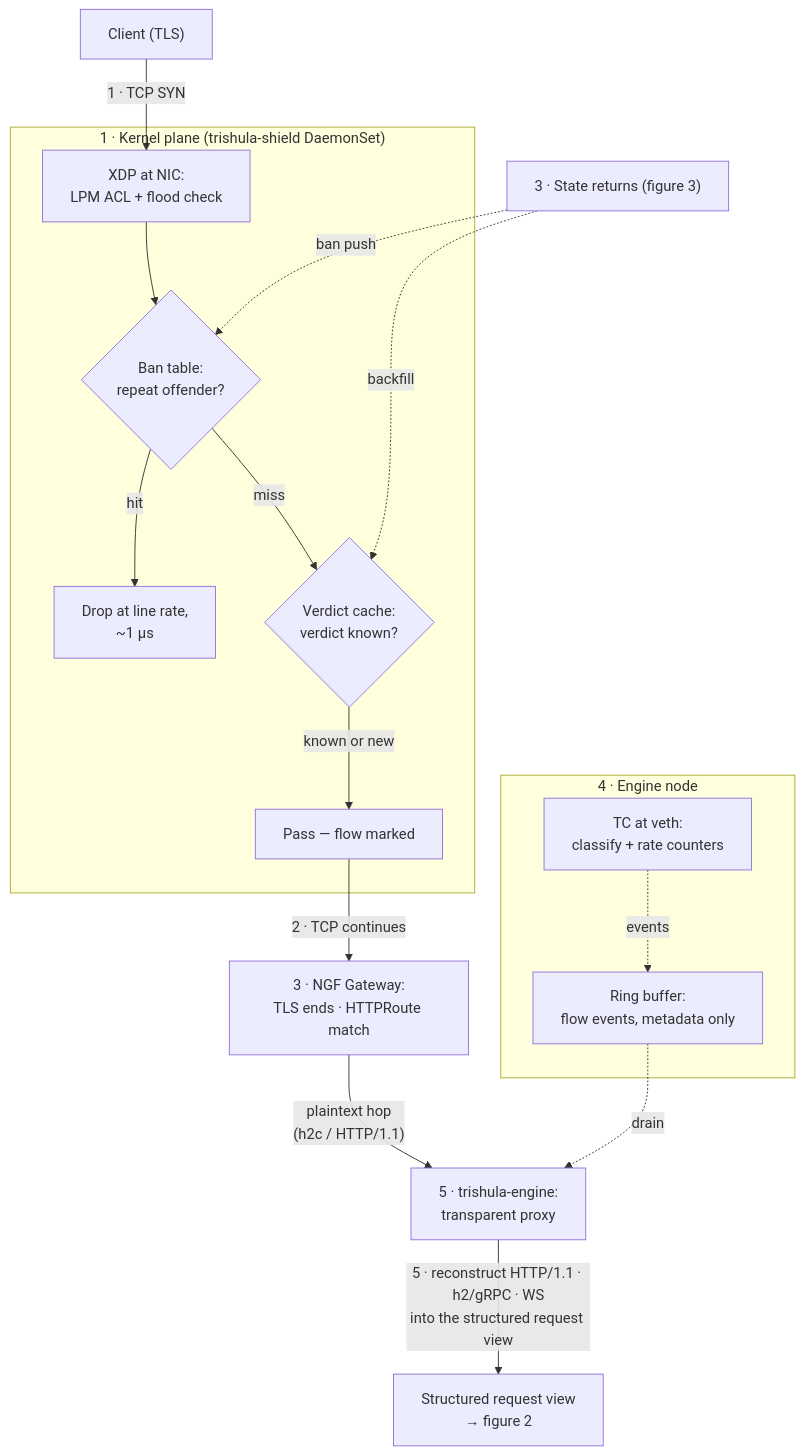
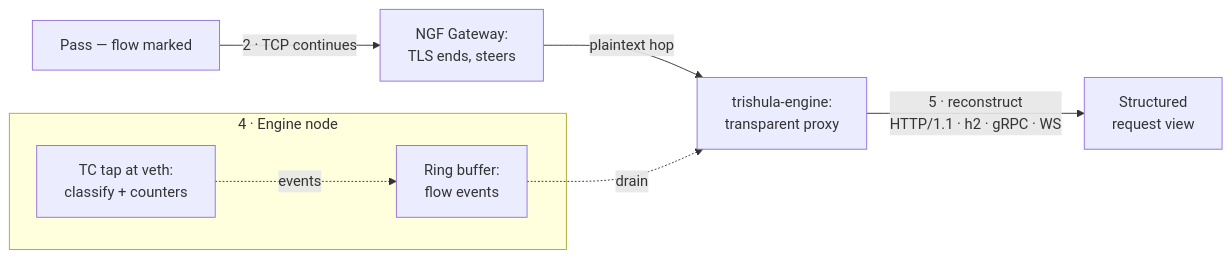
One commit to trishula-dev/trishula-website changed the second of 5 diagrams in index.qmd. Above: the diagram before and after it, drawn with Mermaid. The commit also changed other lines of this file, not shown here.

````diff
--- a/index.qmd
+++ b/index.qmd
@@ -94,36 +108,14 @@
 ```{mermaid}
-flowchart TB
-    C["Client (TLS)"]
-
-    subgraph KP["1 · Kernel plane (trishula-shield DaemonSet)"]
-        XDP["XDP at NIC:<br/>LPM ACL + flood check"]
-        BT{"Ban table:<br/>repeat offender?"}
-        DROP["Drop at line rate,<br/>~1 µs"]
-        VC{"Verdict cache:<br/>verdict known?"}
-        PASS["Pass — flow marked"]
-        XDP --> BT
-        BT -->|"hit"| DROP
-        BT -->|"miss"| VC
-        VC -->|"known or new"| PASS
-    end
-    C -->|"1 · TCP SYN"| XDP
-
-    PASS -->|"2 · TCP continues"| GW["3 · NGF Gateway:<br/>TLS ends · HTTPRoute match"]
-    GW -->|"plaintext hop<br/>(h2c / HTTP/1.1)"| ENG["5 · trishula-engine:<br/>transparent proxy"]
+flowchart LR
+    PASS["Pass — flow marked"] -->|"2 · TCP continues"| GW["NGF Gateway:<br/>TLS ends, steers"]
+    GW -->|"plaintext hop"| ENG["trishula-engine:<br/>transparent proxy"]
 
     subgraph EN["4 · Engine node"]
-        TC["TC at veth:<br/>classify + rate counters"]
-        RB["Ring buffer:<br/>flow events, metadata only"]
-        TC -.->|events| RB
+        TC["TC tap at veth:<br/>classify + counters"] -.->|events| RB["Ring buffer:<br/>flow events"]
     end
     RB -.->|drain| ENG
+    ENG -->|"5 · reconstruct<br/>HTTP/1.1 · h2 · gRPC · WS"| RV["Structured<br/>request view"]
 
-    RET["3 · State returns (figure 3)"]
-    RET -.->|"ban push"| BT
-    RET -.->|"backfill"| VC
-
-    ENG -->|"5 · reconstruct HTTP/1.1 · h2/gRPC · WS<br/>into the structured request view"| EXIT["Structured request view<br/>→ figure 2"]
-
-    click RET "#fig-state" "Jump to figure 3: the state returns"
-    click EXIT "#fig-ladder" "Jump to figure 2: the ladder walk"
+    click RV "#fig-ladder" "On to the ladder walk"
+    click PASS "#fig-kernel" "Back to the edge"
 ```
````
